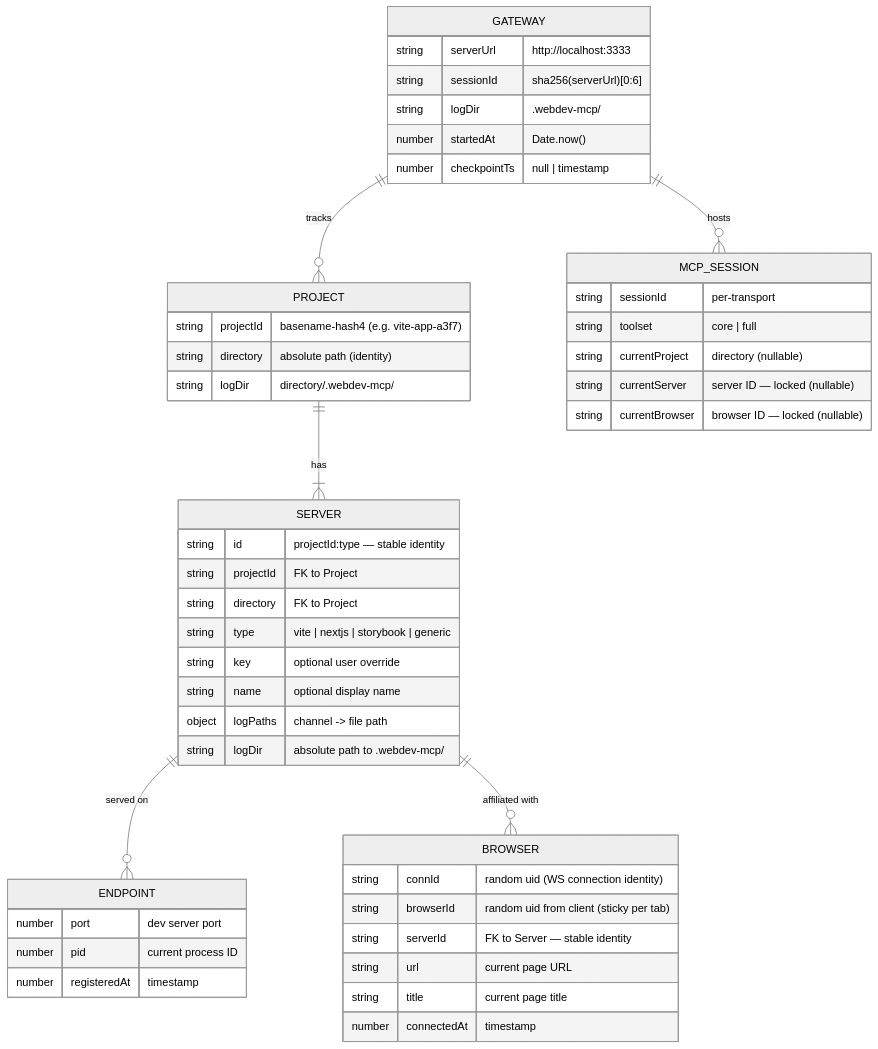
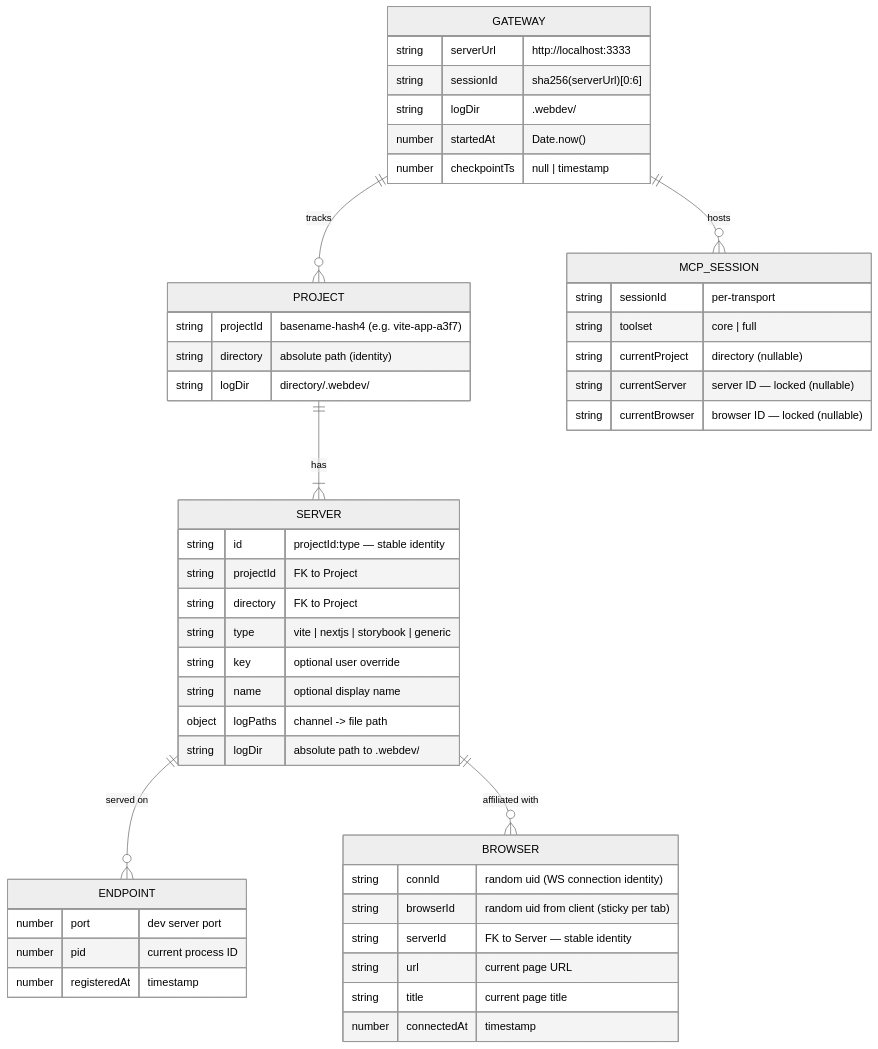
The first of 8 diagrams in docs/architecture.md (WinstonFassett/webdev-ai), drawn with Mermaid (neutral theme) before and after one commit. The commit also changed other lines of this file and 4 other files, not shown here.

First line of the commit message:
Fix documentation naming: webdev-mcp → webdev

````diff
--- a/docs/architecture.md
+++ b/docs/architecture.md
@@ -5,56 +5,56 @@
 ```mermaid
 erDiagram
     GATEWAY ||--o{ PROJECT : "tracks"
     GATEWAY ||--o{ MCP_SESSION : "hosts"
     PROJECT ||--|{ SERVER : "has"
     SERVER ||--o{ ENDPOINT : "served on"
     SERVER ||--o{ BROWSER : "affiliated with"
 
     GATEWAY {
         string serverUrl "http://localhost:3333"
         string sessionId "sha256(serverUrl)[0:6]"
-        string logDir ".webdev-mcp/"
+        string logDir ".webdev/"
         number startedAt "Date.now()"
         number checkpointTs "null | timestamp"
     }
 
     PROJECT {
         string projectId "basename-hash4 (e.g. vite-app-a3f7)"
         string directory "absolute path (identity)"
-        string logDir "directory/.webdev-mcp/"
+        string logDir "directory/.webdev/"
     }
 
     SERVER {
         string id "projectId:type — stable identity"
         string projectId "FK to Project"
         string directory "FK to Project"
         string type "vite | nextjs | storybook | generic"
         string key "optional user override"
         string name "optional display name"
         object logPaths "channel -> file path"
-        string logDir "absolute path to .webdev-mcp/"
+        string logDir "absolute path to .webdev/"
     }
 
     ENDPOINT {
         number port "dev server port"
         number pid "current process ID"
         number registeredAt "timestamp"
     }
 
     BROWSER {
         string connId "random uid (WS connection identity)"
         string browserId "random uid from client (sticky per tab)"
         string serverId "FK to Server — stable identity"
         string url "current page URL"
         string title "current page title"
         number connectedAt "timestamp"
     }
 
     MCP_SESSION {
         string sessionId "per-transport"
         string toolset "core | full"
         string currentProject "directory (nullable)"
         string currentServer "server ID — locked (nullable)"
         string currentBrowser "browser ID — locked (nullable)"
     }
 ```
````
